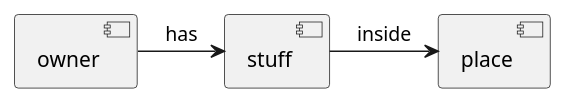
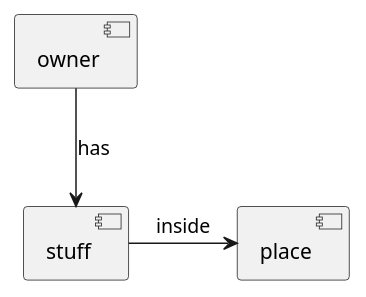
One commit to pvgomes/my-stuff-api changed the diagram in docs/components.puml. Above: the diagram before and after it, drawn with PlantUML. The commit also changed 2 other files, not shown here.

Commit message:
owner fix

```diff
--- a/docs/components.puml
+++ b/docs/components.puml
@@ -1,9 +1,9 @@
 @startuml
 
 [owner]
 [stuff]
 [place]
 
-owner -> stuff : has
+owner --> stuff : has
 stuff -> place : inside
 @enduml
```
